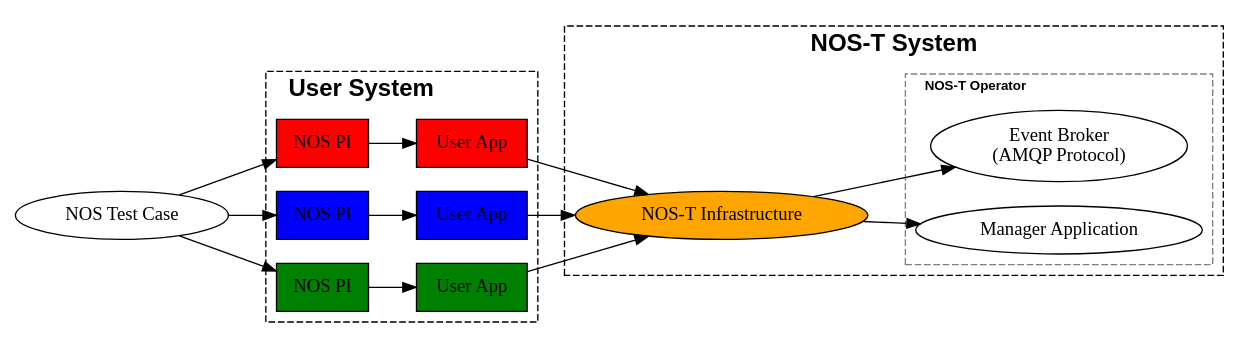
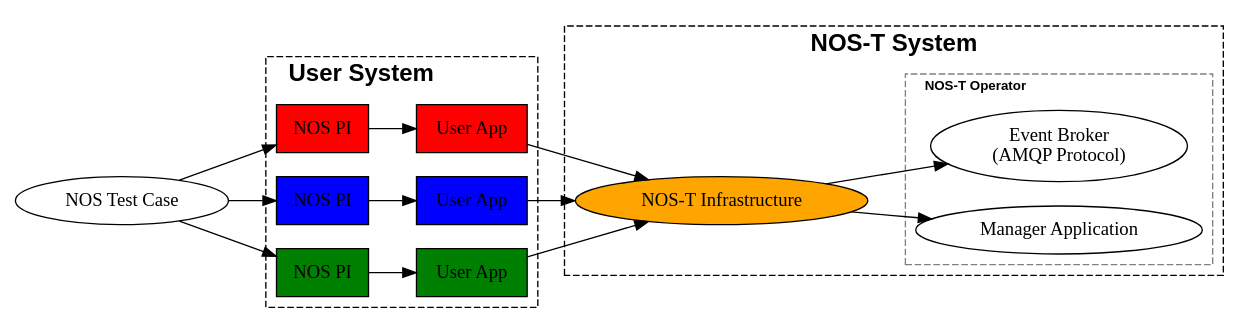
The second of 2 diagrams in docs/source/overview/index.rst (code-lab-org/nost-tools), drawn with Graphviz before and after one commit.

Commit message:
improve graphic

```diff
--- a/docs/source/overview/index.rst
+++ b/docs/source/overview/index.rst
@@ -102,64 +102,64 @@
 .. graphviz::
    :name: nos_t_concept
    :caption: NOS-T Graphical Concept: Visual representation of the testbed architecture and operational flow
    :align: center
 
    digraph NOST_concept {
       rankdir=LR;
       
       subgraph cluster0 {
          style=dashed;
          label="User System";
          labeljust="l";
          fontsize=18;
          fontname="Helvetica-Bold";
          
          PI1 [label="NOS PI", shape=rect, style=filled, fillcolor=red];
          PI2 [label="NOS PI", shape=rect, style=filled, fillcolor=blue];
          PI3 [label="NOS PI", shape=rect, style=filled, fillcolor=green];
          
          UserApp1 [label="User App", shape=rect, style=filled, fillcolor=red];
          UserApp2 [label="User App", shape=rect, style=filled, fillcolor=blue];
          UserApp3 [label="User App", shape=rect, style=filled, fillcolor=green];
       }
       
       TestCase [label="NOS Test Case", shape=oval];
       TestCase -> PI1;
       TestCase -> PI2;
       TestCase -> PI3;
       
       PI1 -> UserApp1;
       PI2 -> UserApp2;
       PI3 -> UserApp3;
       
       subgraph cluster1 {
          style=dashed;
          label="NOS-T System";
          // labeljust="l";
          fontsize=18;
          fontname="Helvetica-Bold";
          
-         Fill [style=invis]
+         // Fill [style=invis]
          NOSTInfrastructure [label="NOS-T Infrastructure", shape=oval, style=filled, fillcolor=orange];
          
          subgraph cluster2 {
                style=dashed;
                color=grey;
                labeljust="l";
                fontsize=10;
                label="NOS-T Operator";
                
                EventBroker [label="Event Broker\n(AMQP Protocol)"];
                // Fill [style=invis];
                ManagerApplication [label="Manager Application"];
          }
       }
       
       UserApp1 -> NOSTInfrastructure;
       UserApp2 -> NOSTInfrastructure;
       UserApp3 -> NOSTInfrastructure;
       
       NOSTInfrastructure -> EventBroker;
       // NOSTInfrastructure -> Fill [style=invis];
       NOSTInfrastructure -> ManagerApplication;
    }
```
